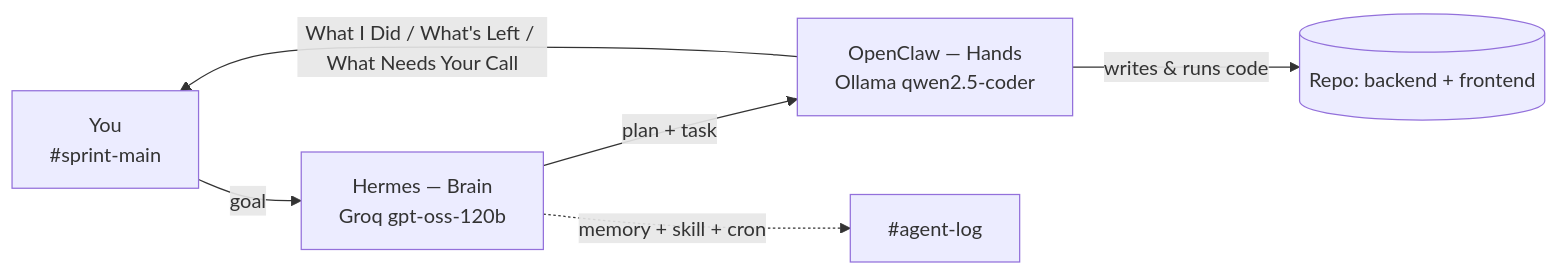
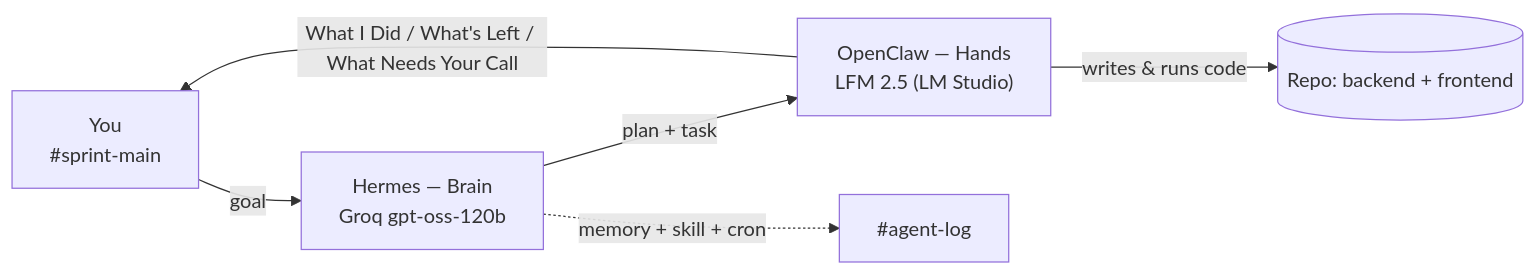
The diagram in ARCHITECTURE.md (chiruu12/forge2-qualifier-chirag), drawn with Mermaid before and after one commit. The commit also changed other lines of this file and 2 other files, not shown here.

Commit message:
use LFM 2.5 as executor

````diff
--- a/ARCHITECTURE.md
+++ b/ARCHITECTURE.md
@@ -5,8 +5,8 @@
 ```mermaid
 flowchart LR
     H["You<br/>#sprint-main"] -->|goal| B["Hermes — Brain<br/>Groq gpt-oss-120b"]
-    B -->|plan + task| C["OpenClaw — Hands<br/>Ollama qwen2.5-coder"]
+    B -->|plan + task| C["OpenClaw — Hands<br/>LFM 2.5 (LM Studio)"]
     C -->|writes & runs code| Repo[("Repo: backend + frontend")]
     C -->|What I Did / What's Left / What Needs Your Call| H
     B -. "memory + skill + cron" .-> Log["#agent-log"]
 ```
````
